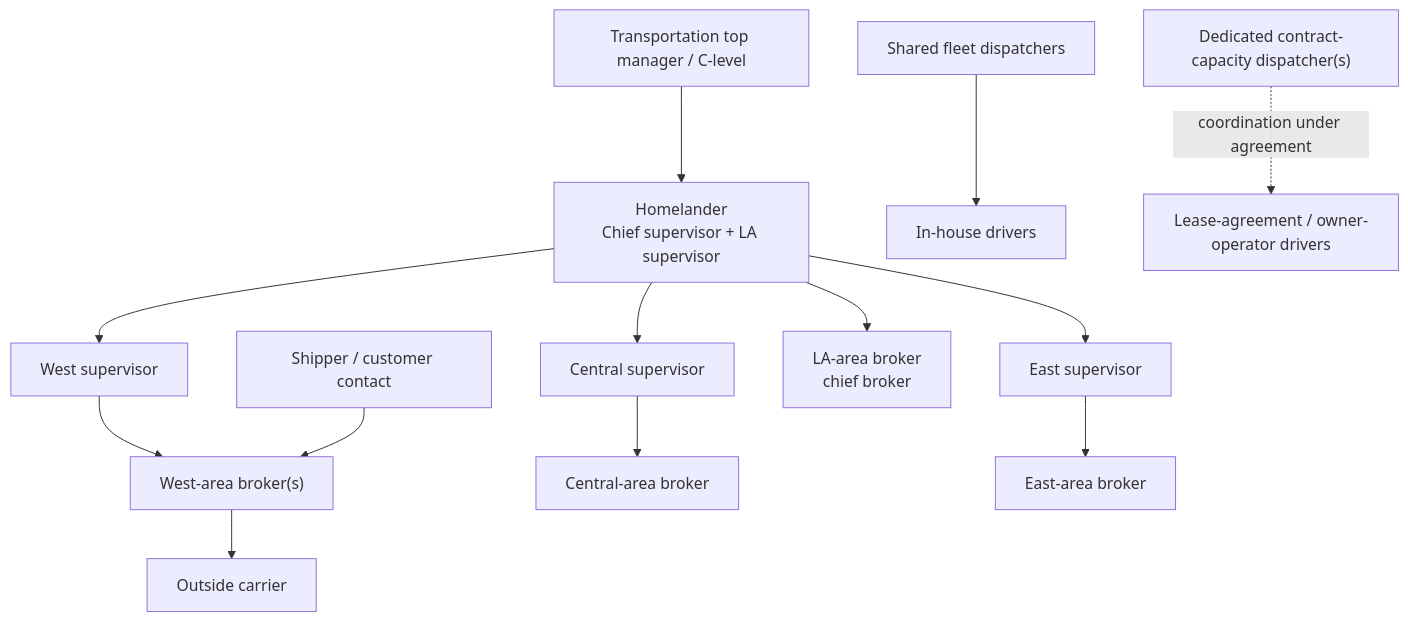
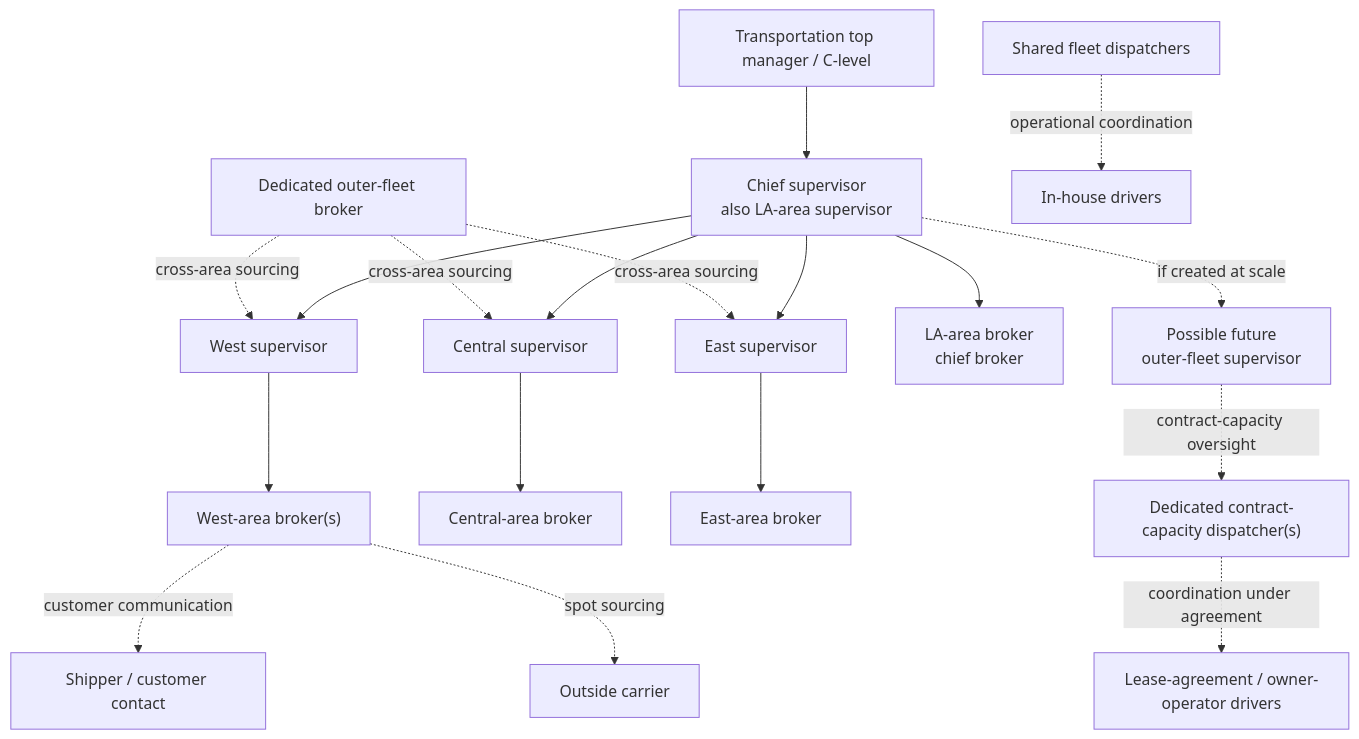
One commit to funnyMans/Node.js_Boilerplate changed the first of 2 diagrams in docs/trucking/RESPONSIBILITIES.md. Above: the diagram before and after it, drawn with Mermaid. The commit also changed other lines of this file and 5 other files, not shown here.

````diff
--- a/docs/trucking/RESPONSIBILITIES.md
+++ b/docs/trucking/RESPONSIBILITIES.md
@@ -5,31 +10,38 @@
 ```mermaid
 flowchart TD
     Exec["Transportation top manager / C-level"]
-    Chief["Homelander<br/>Chief supervisor + LA supervisor"]
+    Chief["Chief supervisor<br/>also LA-area supervisor"]
     West["West supervisor"]
     Central["Central supervisor"]
     East["East supervisor"]
     BrokerLA["LA-area broker<br/>chief broker"]
     BrokerWest["West-area broker(s)"]
     BrokerCentral["Central-area broker"]
     BrokerEast["East-area broker"]
+    OuterBroker["Dedicated outer-fleet broker"]
     FleetDispatch["Shared fleet dispatchers"]
     ContractDispatch["Dedicated contract-capacity dispatcher(s)"]
+    OuterSupervisor["Possible future<br/>outer-fleet supervisor"]
     Driver["In-house drivers"]
     OwnerOp["Lease-agreement / owner-operator drivers"]
     Shipper["Shipper / customer contact"]
     Carrier["Outside carrier"]
 
     Exec --> Chief
     Chief --> West
     Chief --> Central
     Chief --> East
     Chief --> BrokerLA
     West --> BrokerWest
     Central --> BrokerCentral
     East --> BrokerEast
-    FleetDispatch --> Driver
+    OuterBroker -. "cross-area sourcing" .-> West
+    OuterBroker -. "cross-area sourcing" .-> Central
+    OuterBroker -. "cross-area sourcing" .-> East
+    FleetDispatch -. "operational coordination" .-> Driver
     ContractDispatch -. "coordination under agreement" .-> OwnerOp
-    Shipper --> BrokerWest
-    BrokerWest --> Carrier
+    BrokerWest -. "customer communication" .-> Shipper
+    BrokerWest -. "spot sourcing" .-> Carrier
+    Chief -. "if created at scale" .-> OuterSupervisor
+    OuterSupervisor -. "contract-capacity oversight" .-> ContractDispatch
 ```
````
